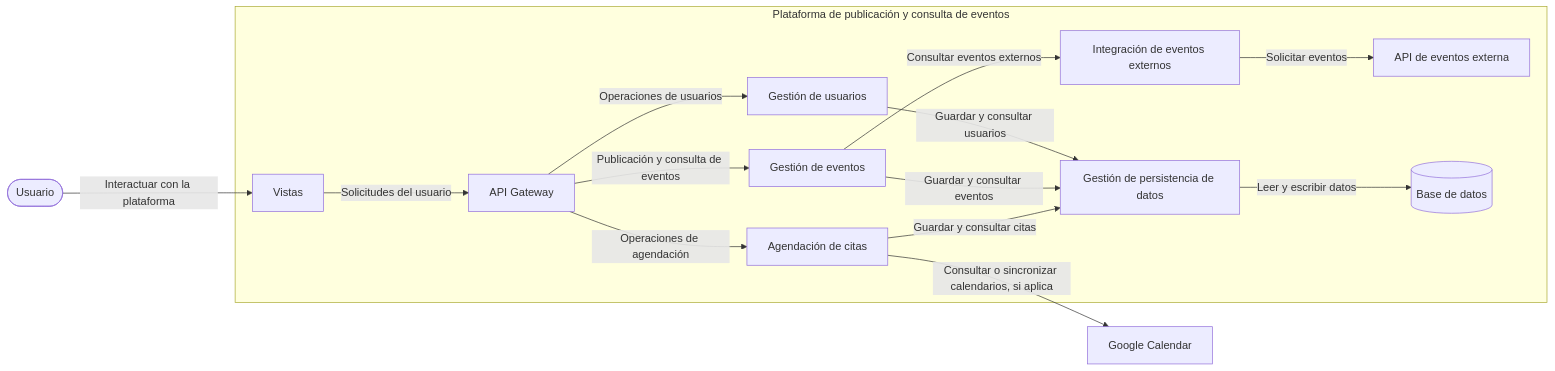
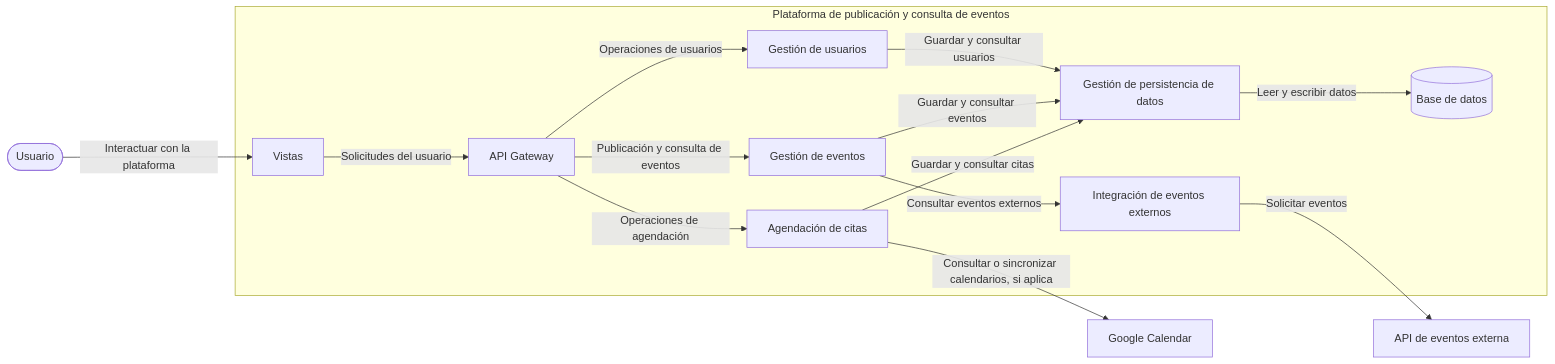
Before and after one commit to ProyectPlanning/Sistema_de_eventos: the fifth of 5 diagrams in Docs/Diseño/Diseño Arquitectónico detallado 01.md, drawn with Mermaid. The commit also changed other lines of this file, not shown here.

Commit message:
cambios diagrama arquitectonico

````diff
--- a/Docs/Diseño/Diseño Arquitectónico detallado 01.md
+++ b/Docs/Diseño/Diseño Arquitectónico detallado 01.md
@@ -204,35 +440,36 @@
 ```mermaid
 flowchart LR
     U([Usuario])
     EXT["API de eventos externa"]
     CAL["Google Calendar"]
 
     subgraph SYS["Plataforma de publicación y consulta de eventos"]
         V["Vistas"]
         API["API Gateway"]
         GU["Gestión de usuarios"]
         GE["Gestión de eventos"]
         IE["Integración de eventos externos"]
         AC["Agendación de citas"]
         PD["Gestión de persistencia de datos"]
         DB[("Base de datos")]
 
         V -->|"Solicitudes del usuario"| API
         API -->|"Operaciones de usuarios"| GU
         API -->|"Publicación y consulta de eventos"| GE
         API -->|"Operaciones de agendación"| AC
 
         GE -->|"Consultar eventos externos"| IE
-        IE -->|"Solicitar eventos"| EXT
+        
 
         GU -->|"Guardar y consultar usuarios"| PD
         GE -->|"Guardar y consultar eventos"| PD
         AC -->|"Guardar y consultar citas"| PD
 
         PD -->|"Leer y escribir datos"| DB
     end
 
     U -->|"Interactuar con la plataforma"| V
     AC -->|"Consultar o sincronizar calendarios, si aplica"| CAL
+    IE -->|"Solicitar eventos"| EXT
 
 ```
````
